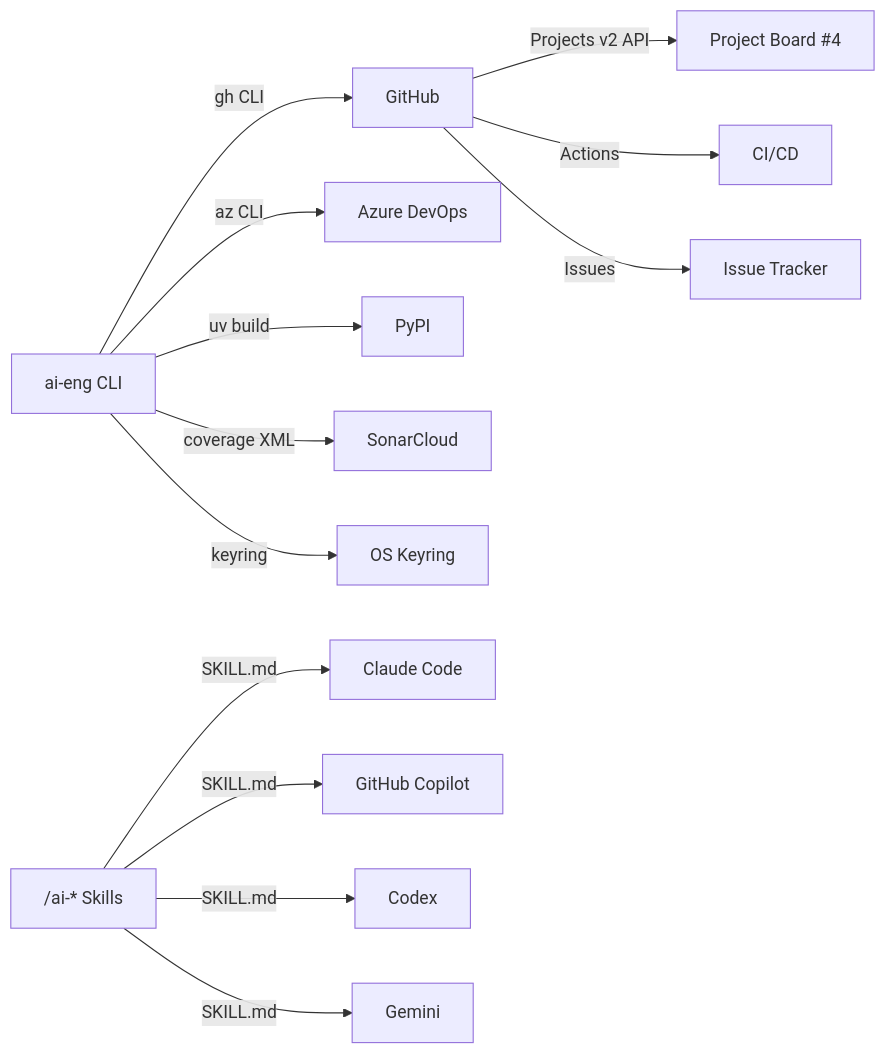
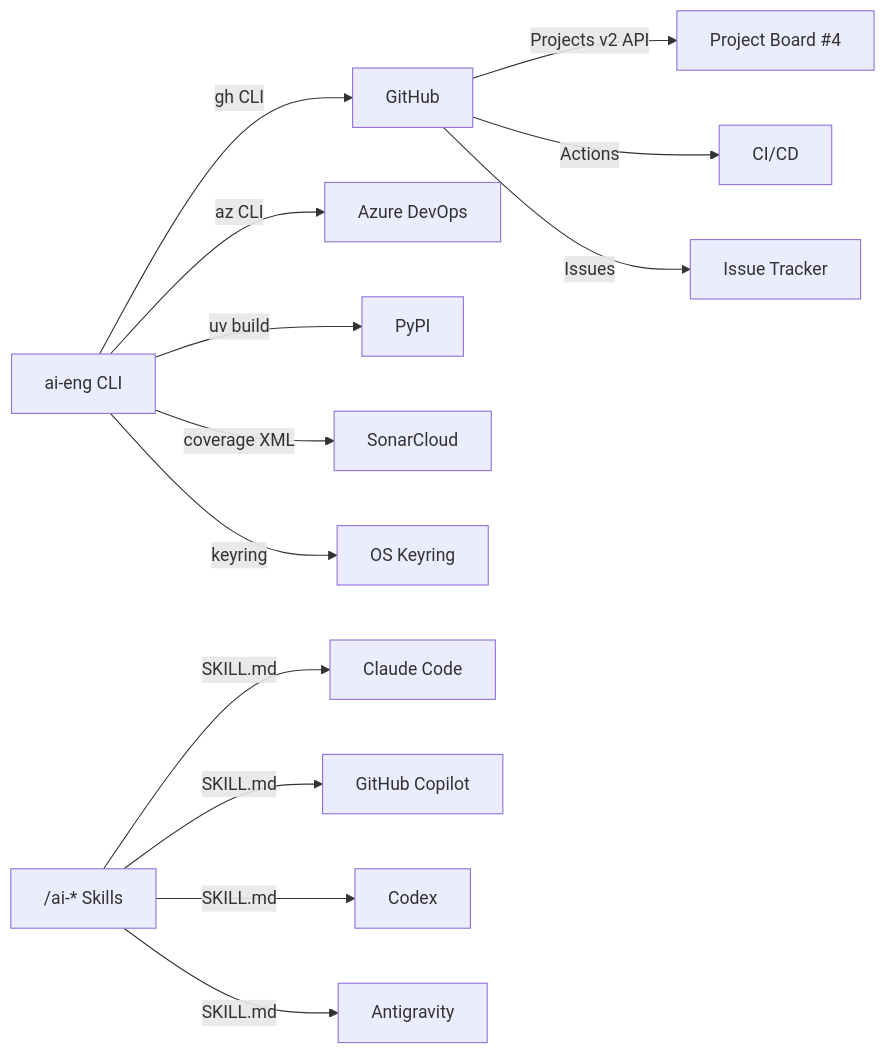
The third of 10 diagrams in .ai-engineering/solution-intent.md (arcasilesgroup/ai-engineering), drawn with Mermaid before and after one commit. The commit also changed other lines of this file and 929 other files, not shown here.

First line of the commit message:
feat(surfaces): replace gemini cli with antigravity

````diff
--- a/.ai-engineering/solution-intent.md
+++ b/.ai-engineering/solution-intent.md
@@ -200,17 +200,17 @@
 ```mermaid
 flowchart LR
     CLI["ai-eng CLI"] -->|gh CLI| GitHub
     CLI -->|az CLI| AzDO["Azure DevOps"]
     CLI -->|uv build| PyPI
     CLI -->|coverage XML| SonarCloud
     CLI -->|keyring| OS["OS Keyring"]
 
     GitHub -->|Projects v2 API| Board["Project Board #4"]
     GitHub -->|Actions| CI["CI/CD"]
     GitHub -->|Issues| Tracker["Issue Tracker"]
 
     Skills["/ai-* Skills"] -->|SKILL.md| Claude["Claude Code"]
     Skills -->|SKILL.md| Copilot["GitHub Copilot"]
     Skills -->|SKILL.md| Codex
-    Skills -->|SKILL.md| Gemini
+    Skills -->|SKILL.md| Antigravity
 ```
````
